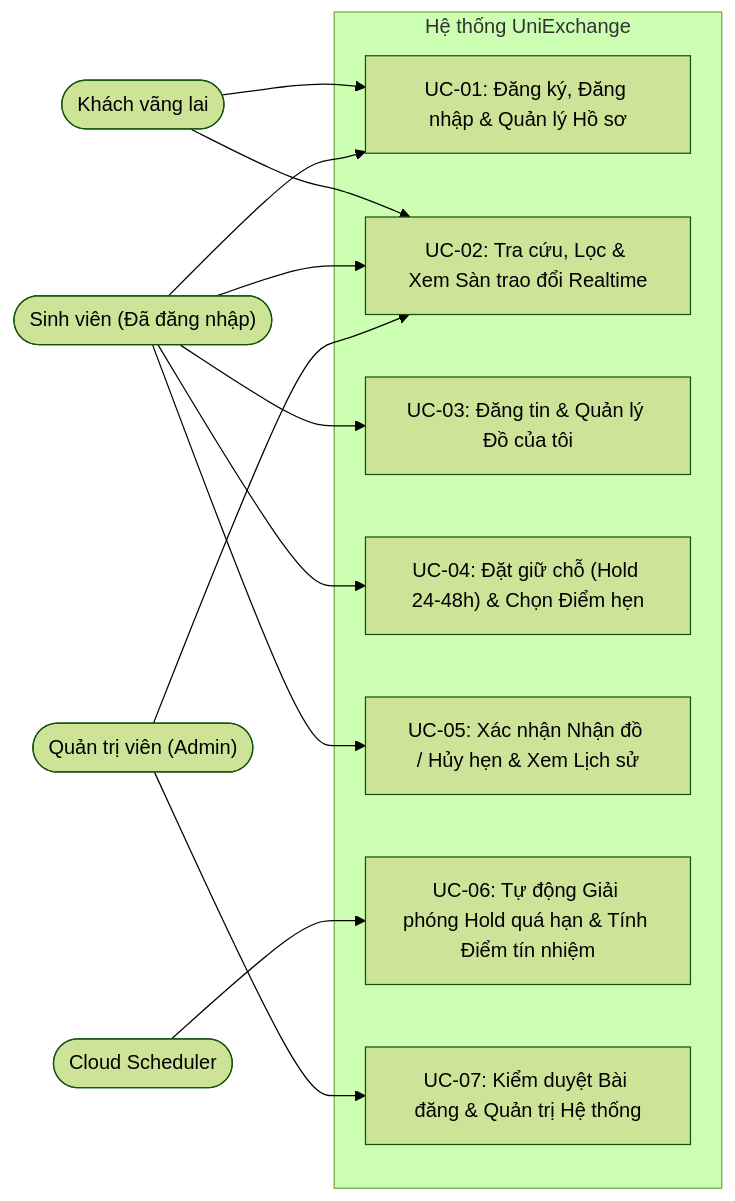
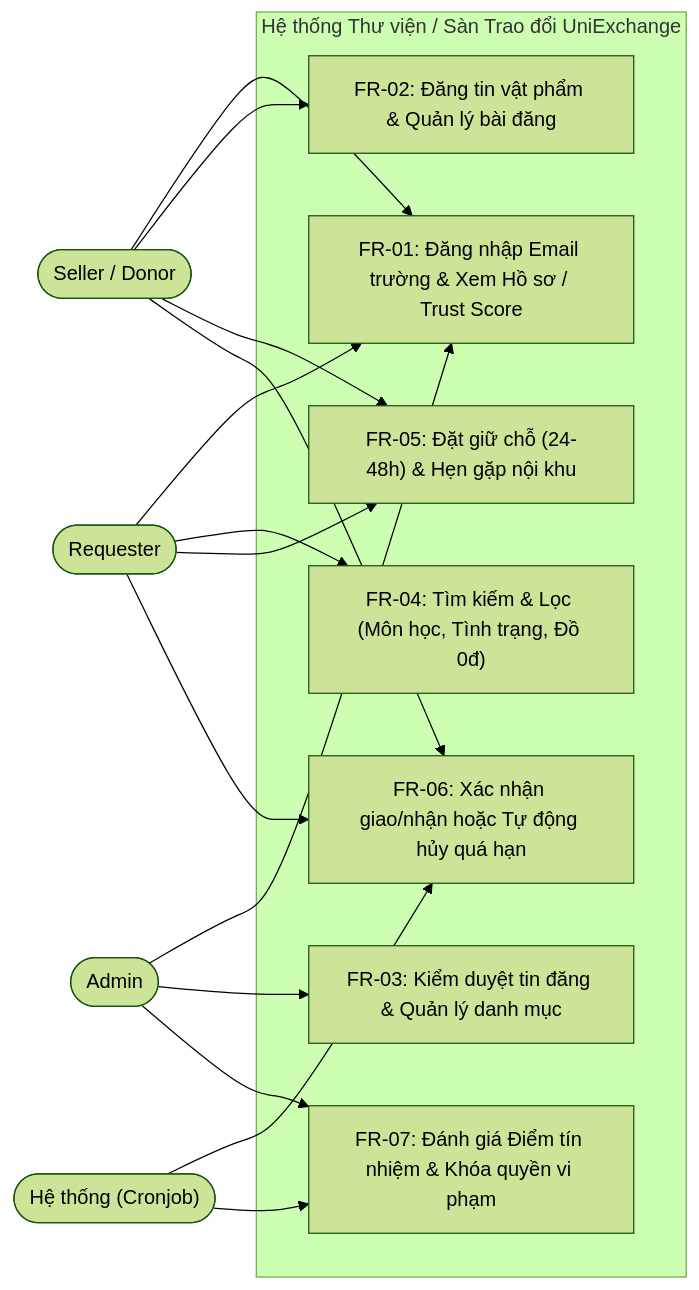
The second of 3 diagrams in SRS_UniExchange.md (viducthanhdat-web/Do-an), drawn with Mermaid (forest theme) before and after one commit. The commit also changed other lines of this file and 24 other files, not shown here.

````diff
--- a/SRS_UniExchange.md
+++ b/SRS_UniExchange.md
@@ -141,28 +110,34 @@
 ```mermaid
 flowchart LR
-    Guest(["Khách vãng lai"])
-    Student(["Sinh viên (Đã đăng nhập)"])
-    Admin(["Quản trị viên (Admin)"])
-    Cron(["Cloud Scheduler"])
+    Seller(["Seller / Donor"])
+    Req(["Requester"])
+    Admin(["Admin"])
+    Sys(["Hệ thống (Cronjob)"])
 
-    subgraph UC_Group["Hệ thống UniExchange"]
-        UC01["UC-01: Đăng ký, Đăng nhập & Quản lý Hồ sơ"]
-        UC02["UC-02: Tra cứu, Lọc & Xem Sàn trao đổi Realtime"]
-        UC03["UC-03: Đăng tin & Quản lý Đồ của tôi"]
-        UC04["UC-04: Đặt giữ chỗ (Hold 24-48h) & Chọn Điểm hẹn"]
-        UC05["UC-05: Xác nhận Nhận đồ / Hủy hẹn & Xem Lịch sử"]
-        UC06["UC-06: Tự động Giải phóng Hold quá hạn & Tính Điểm tín nhiệm"]
-        UC07["UC-07: Kiểm duyệt Bài đăng & Quản trị Hệ thống"]
+    subgraph System["Hệ thống Thư viện / Sàn Trao đổi UniExchange"]
+        FR01["FR-01: Đăng nhập Email trường & Xem Hồ sơ / Trust Score"]
+        FR02["FR-02: Đăng tin vật phẩm & Quản lý bài đăng"]
+        FR03["FR-03: Kiểm duyệt tin đăng & Quản lý danh mục"]
+        FR04["FR-04: Tìm kiếm & Lọc (Môn học, Tình trạng, Đồ 0đ)"]
+        FR05["FR-05: Đặt giữ chỗ (24-48h) & Hẹn gặp nội khu"]
+        FR06["FR-06: Xác nhận giao/nhận hoặc Tự động hủy quá hạn"]
+        FR07["FR-07: Đánh giá Điểm tín nhiệm & Khóa quyền vi phạm"]
     end
 
-    Guest --> UC02
-    Guest --> UC01
-    Student --> UC01
-    Student --> UC02
-    Student --> UC03
-    Student --> UC04
-    Student --> UC05
-    Admin --> UC07
-    Admin --> UC02
-    Cron --> UC06
+    Seller --> FR01
+    Seller --> FR02
+    Seller --> FR05
+    Seller --> FR06
+
+    Req --> FR01
+    Req --> FR04
+    Req --> FR05
+    Req --> FR06
+
+    Admin --> FR01
+    Admin --> FR03
+    Admin --> FR07
+
+    Sys --> FR06
+    Sys --> FR07
 ```
````
